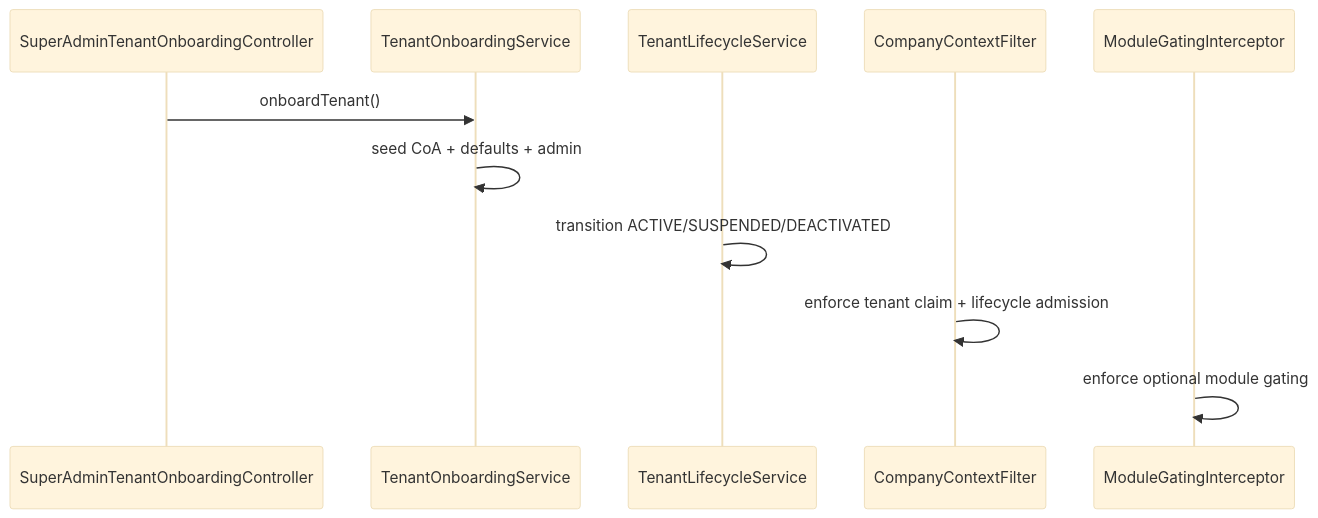
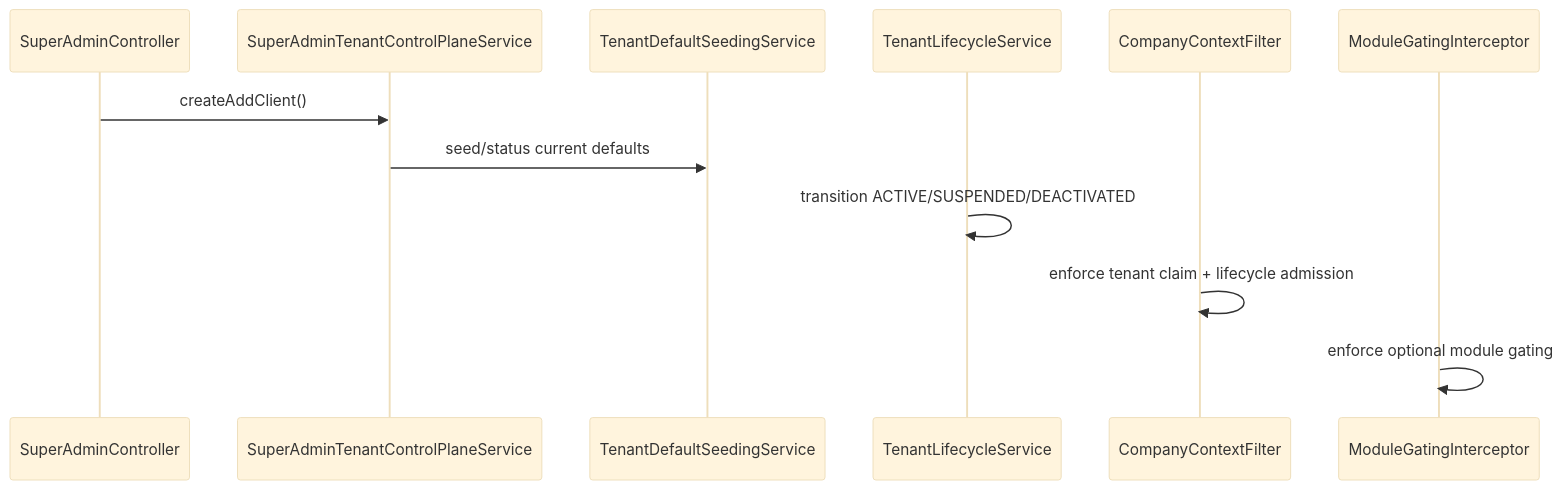
The sixth of 8 diagrams in docs/ARCHITECTURE.md (anasibnanwar-XYE/bigbrightpaints-erp), drawn with Mermaid (base theme) before and after one commit. The commit also changed other lines of this file and 62 other files, not shown here.

First line of the commit message:
fix(pr198): hard-cut super-admin rebase on iam mainline

````diff
--- a/docs/ARCHITECTURE.md
+++ b/docs/ARCHITECTURE.md
@@ -195,14 +195,15 @@
 ```mermaid
 sequenceDiagram
-    participant SA as SuperAdminTenantOnboardingController
-    participant TO as TenantOnboardingService
+    participant SA as SuperAdminController
+    participant CP as SuperAdminTenantControlPlaneService
+    participant SEED as TenantDefaultSeedingService
     participant TL as TenantLifecycleService
     participant CF as CompanyContextFilter
     participant MG as ModuleGatingInterceptor
 
-    SA->>TO: onboardTenant()
-    TO->>TO: seed CoA + defaults + admin
+    SA->>CP: createAddClient()
+    CP->>SEED: seed/status current defaults
     TL->>TL: transition ACTIVE/SUSPENDED/DEACTIVATED
     CF->>CF: enforce tenant claim + lifecycle admission
     MG->>MG: enforce optional module gating
 ```
````
